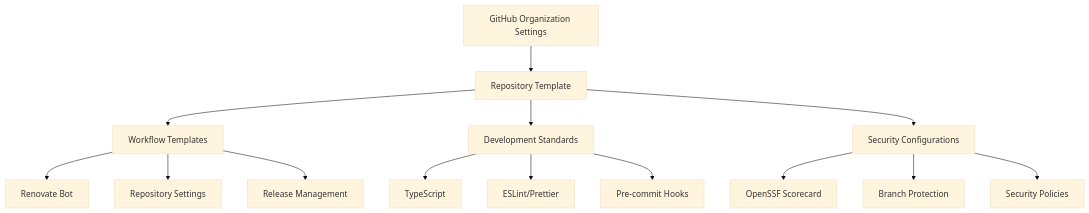
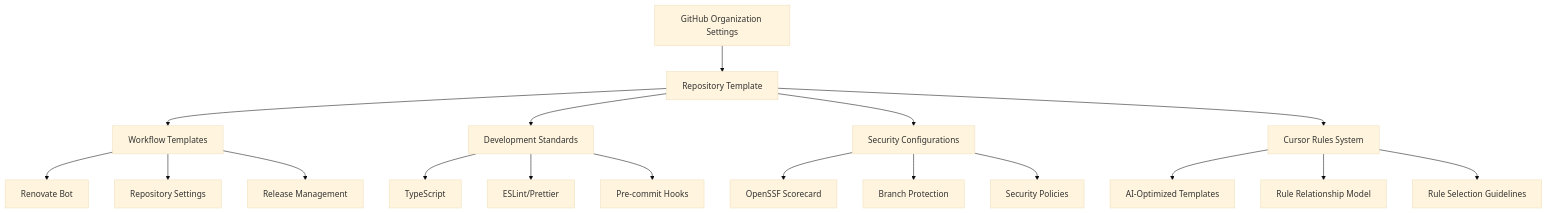
The first of 7 diagrams in docs/architecture.md (bfra-me/.github), drawn with Mermaid (base theme) before and after one commit. The commit also changed other lines of this file and 11 other files, not shown here.

First line of the commit message:
feat(cursor-rules): enhance AI-focused rule templates and update documentation

````diff
--- a/docs/architecture.md
+++ b/docs/architecture.md
@@ -6,19 +6,24 @@
 ```mermaid
 graph TD
     A[GitHub Organization Settings] --> B[Repository Template]
     B --> C[Workflow Templates]
     B --> D[Development Standards]
     B --> E[Security Configurations]
+    B --> F[Cursor Rules System]
 
-    C --> F[Renovate Bot]
-    C --> G[Repository Settings]
-    C --> H[Release Management]
+    C --> G[Renovate Bot]
+    C --> H[Repository Settings]
+    C --> I[Release Management]
 
-    D --> I[TypeScript]
-    D --> J[ESLint/Prettier]
-    D --> K[Pre-commit Hooks]
+    D --> J[TypeScript]
+    D --> K[ESLint/Prettier]
+    D --> L[Pre-commit Hooks]
 
-    E --> L[OpenSSF Scorecard]
-    E --> M[Branch Protection]
-    E --> N[Security Policies]
+    E --> M[OpenSSF Scorecard]
+    E --> N[Branch Protection]
+    E --> O[Security Policies]
+
+    F --> P[AI-Optimized Templates]
+    F --> Q[Rule Relationship Model]
+    F --> R[Rule Selection Guidelines]
 ```
````
